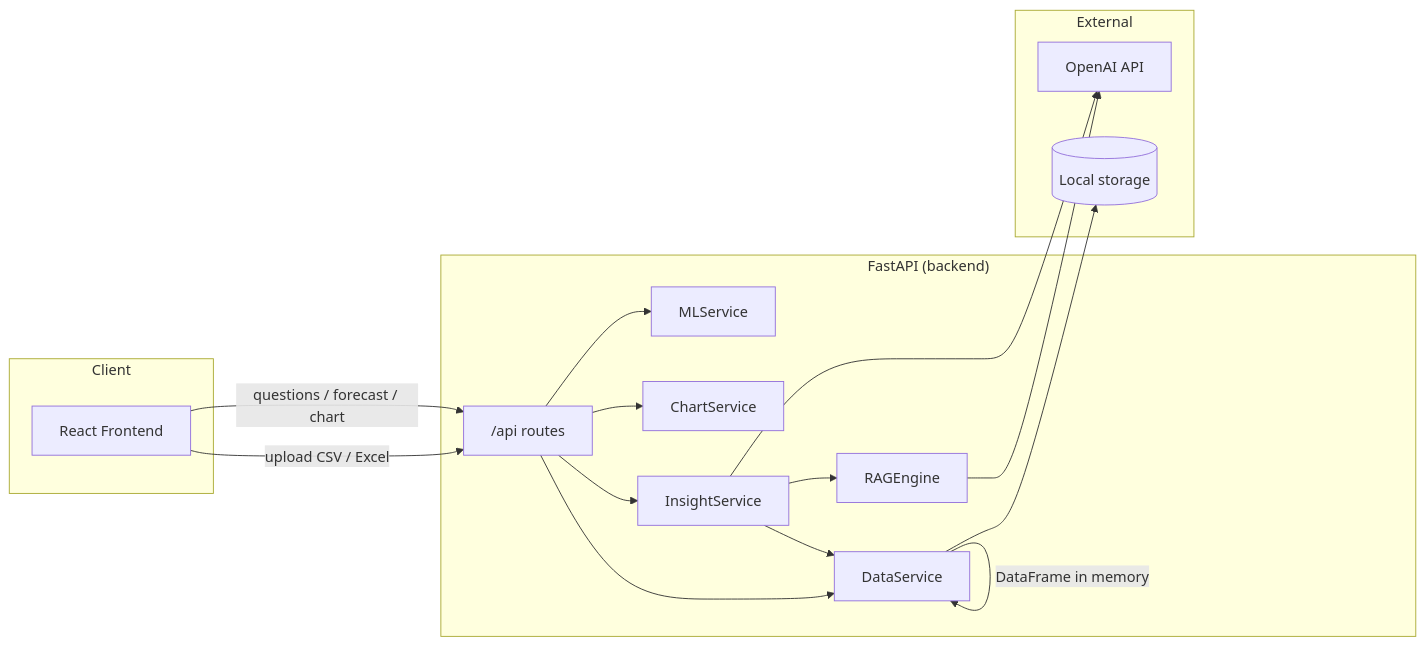
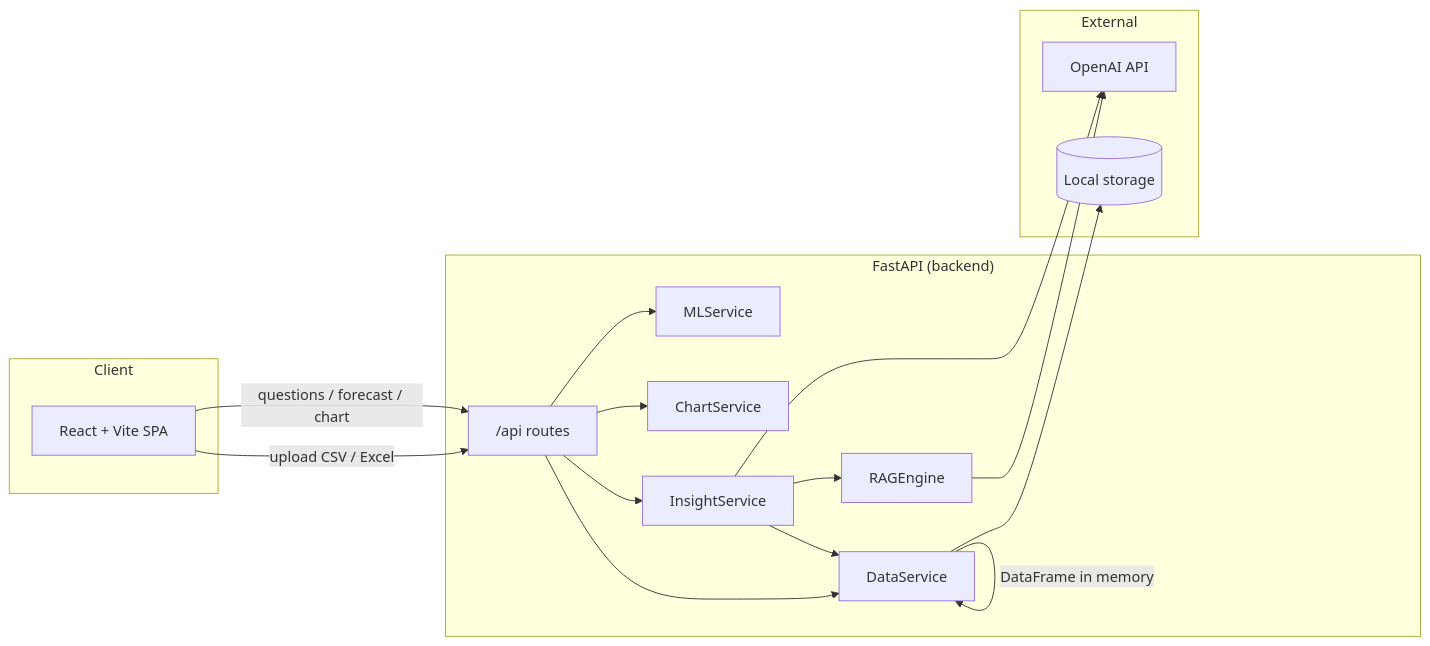
One commit to oshakadilhara/production-level-AI-Business-Copilot-system changed the diagram in docs/ARCHITECTURE.md. Above: the diagram before and after it, drawn with Mermaid. The commit also changed other lines of this file and 35 other files, not shown here.

````diff
--- a/docs/ARCHITECTURE.md
+++ b/docs/ARCHITECTURE.md
@@ -12,33 +12,33 @@
 ```mermaid
 flowchart LR
     subgraph Client
-        UI[React Frontend]
+        UI[React + Vite SPA]
     end
 
     subgraph API["FastAPI (backend)"]
         R["/api routes"]
         DS[DataService]
         ML[MLService]
         CS[ChartService]
         IS[InsightService]
         RE[RAGEngine]
     end
 
     subgraph External
         OAI[OpenAI API]
         Disk[(Local storage)]
     end
 
     UI -->|upload CSV / Excel| R
     UI -->|questions / forecast / chart| R
     R --> DS
     R --> ML
     R --> CS
     R --> IS
     IS --> DS
     IS --> RE
     RE --> OAI
     IS --> OAI
     DS --> Disk
     DS -->|DataFrame in memory| DS
 ```
````
